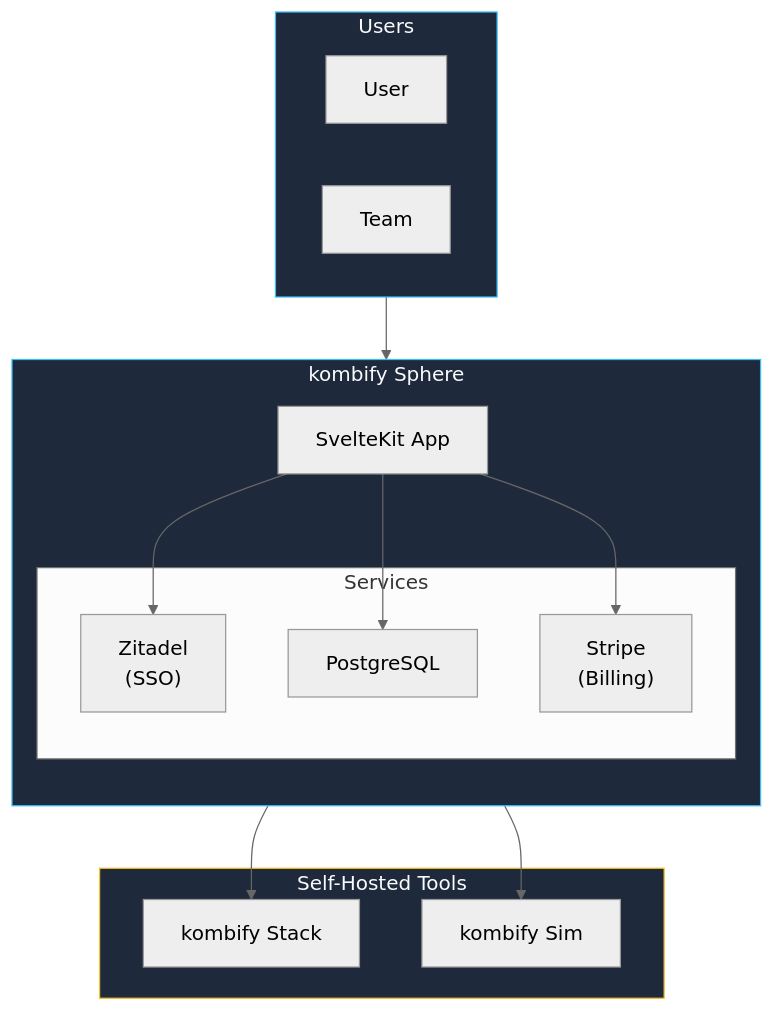
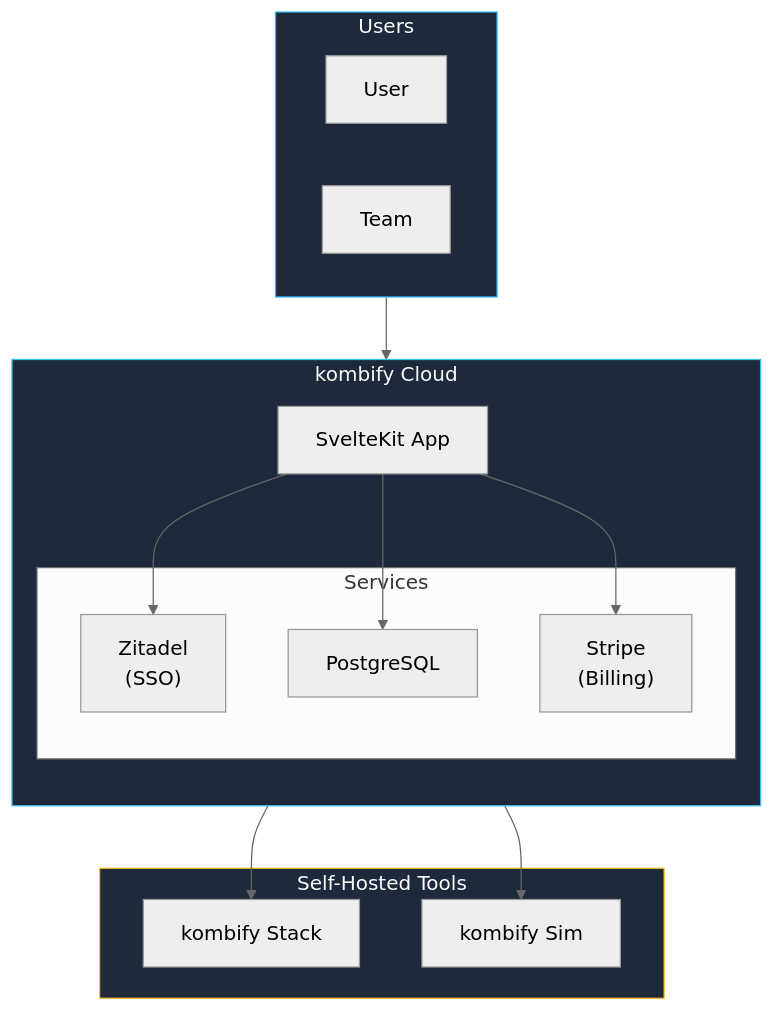
The fifth of 9 diagrams in concepts/architecture.mdx (KombiverseLabs/docs), drawn with Mermaid (neutral theme) before and after one commit. The commit also changed other lines of this file and 114 other files, not shown here.

Commit message:
refactor: rename Sphere to Cloud, update base-homelab scope, remove dup headers

````diff
--- a/concepts/architecture.mdx
+++ b/concepts/architecture.mdx
@@ -214,32 +214,32 @@
 ```mermaid
 graph TB
     subgraph Users
         User1["User"]
         User2["Team"]
     end
 
-    subgraph Sphere["kombify Sphere"]
+    subgraph Cloud["kombify Cloud"]
         direction TB
         Frontend["SvelteKit App"]
         
         subgraph Services
             Auth["Zitadel<br/>(SSO)"]
             DB["PostgreSQL"]
             Pay["Stripe<br/>(Billing)"]
         end
         
         Frontend --> Auth & DB & Pay
     end
 
     subgraph Tools["Self-Hosted Tools"]
         Stack["kombify Stack"]
         Sim["kombify Sim"]
     end
 
     Users --> Frontend
     Auth --> Stack & Sim
 
     style Users fill:#1e293b,stroke:#38bdf8,color:#f8fafc
-    style Sphere fill:#1e293b,stroke:#38bdf8,color:#f8fafc
+    style Cloud fill:#1e293b,stroke:#38bdf8,color:#f8fafc
     style Tools fill:#1e293b,stroke:#fbbf24,color:#f8fafc
 ```
````
